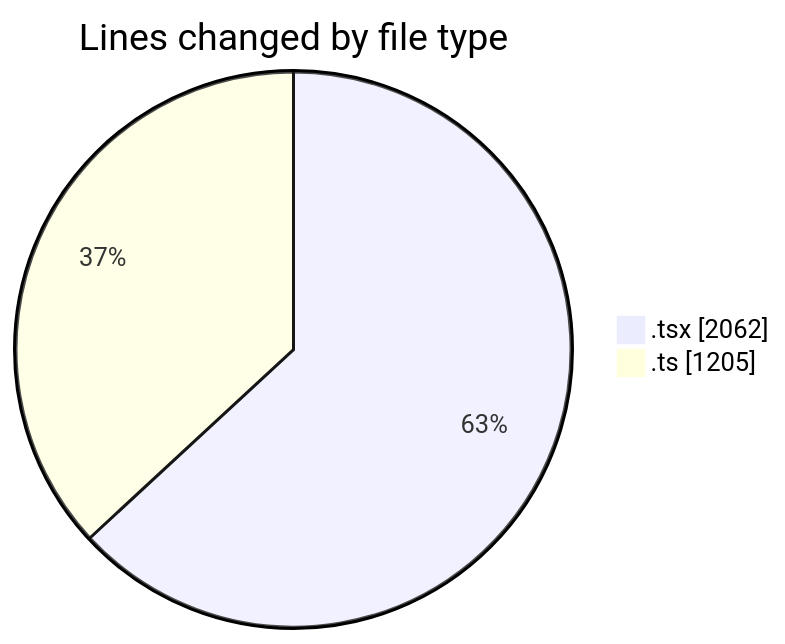
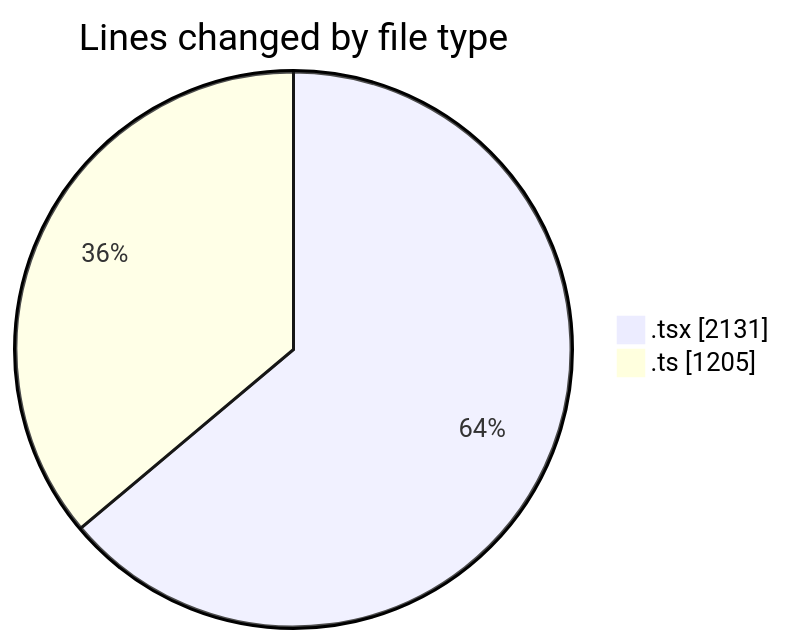
Before and after one commit to nxtqubesakshisongat/code-tracking: the first of 2 diagrams in 2026-02-18/nxtqube_webapp/README.md, drawn with Mermaid. The commit also changed other lines of this file and 1 other file, not shown here.

````diff
--- a/2026-02-18/nxtqube_webapp/README.md
+++ b/2026-02-18/nxtqube_webapp/README.md
@@ -26,6 +26,6 @@
 ```mermaid
 pie showData
 title Lines changed by file type
-".tsx" : 2062
+".tsx" : 2131
 ".ts" : 1205
 ```
````
